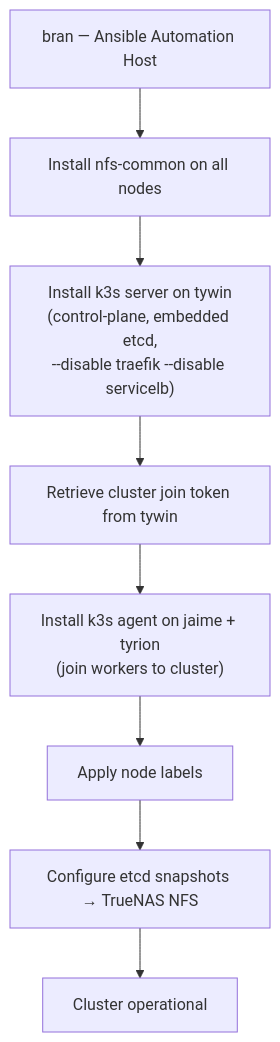
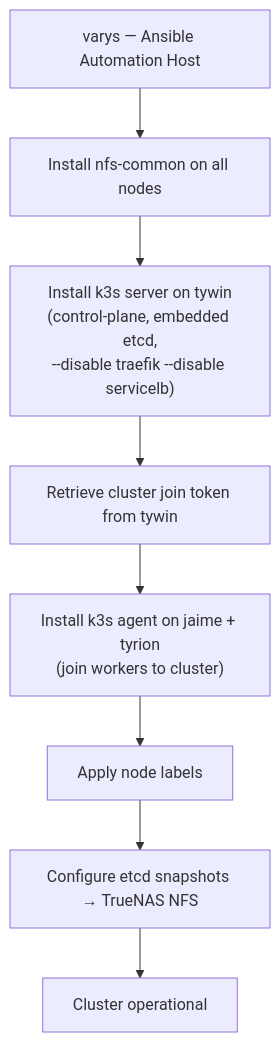
The second of 2 diagrams in docs/guides/02-Kubernetes-Installation.md (Kagiso-me/homelab-infrastructure), drawn with Mermaid before and after one commit. The commit also changed other lines of this file and 33 other files, not shown here.

````diff
--- a/docs/guides/02-Kubernetes-Installation.md
+++ b/docs/guides/02-Kubernetes-Installation.md
@@ -182,10 +182,10 @@
 ```mermaid
 graph TD
-    A["bran — Ansible Automation Host"] --> B["Install nfs-common on all nodes"]
+    A["varys — Ansible Automation Host"] --> B["Install nfs-common on all nodes"]
     B --> C["Install k3s server on tywin<br/>(control-plane, embedded etcd,<br/>--disable traefik --disable servicelb)"]
     C --> D["Retrieve cluster join token from tywin"]
     D --> E["Install k3s agent on jaime + tyrion<br/>(join workers to cluster)"]
     E --> F["Apply node labels"]
     F --> G["Configure etcd snapshots → TrueNAS NFS"]
     G --> H["Cluster operational"]
 ```
````
